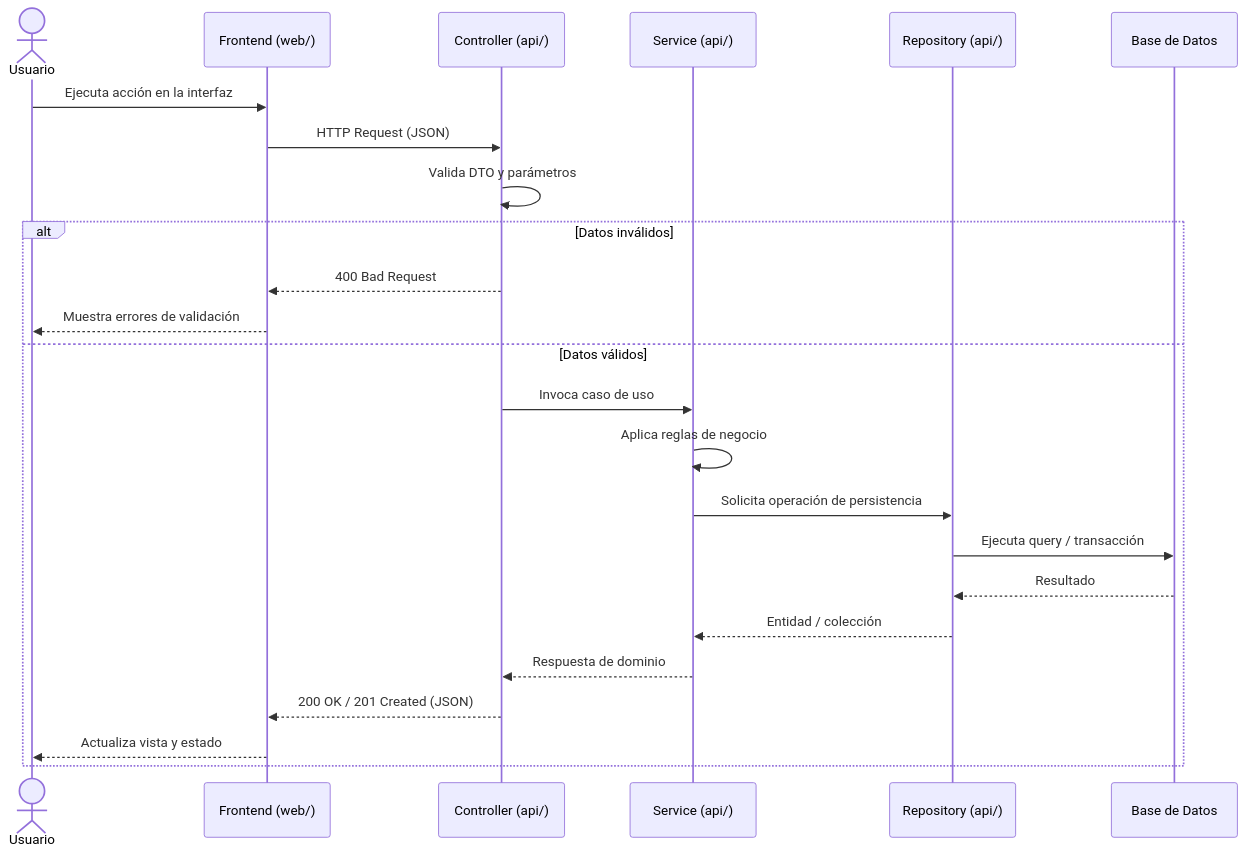
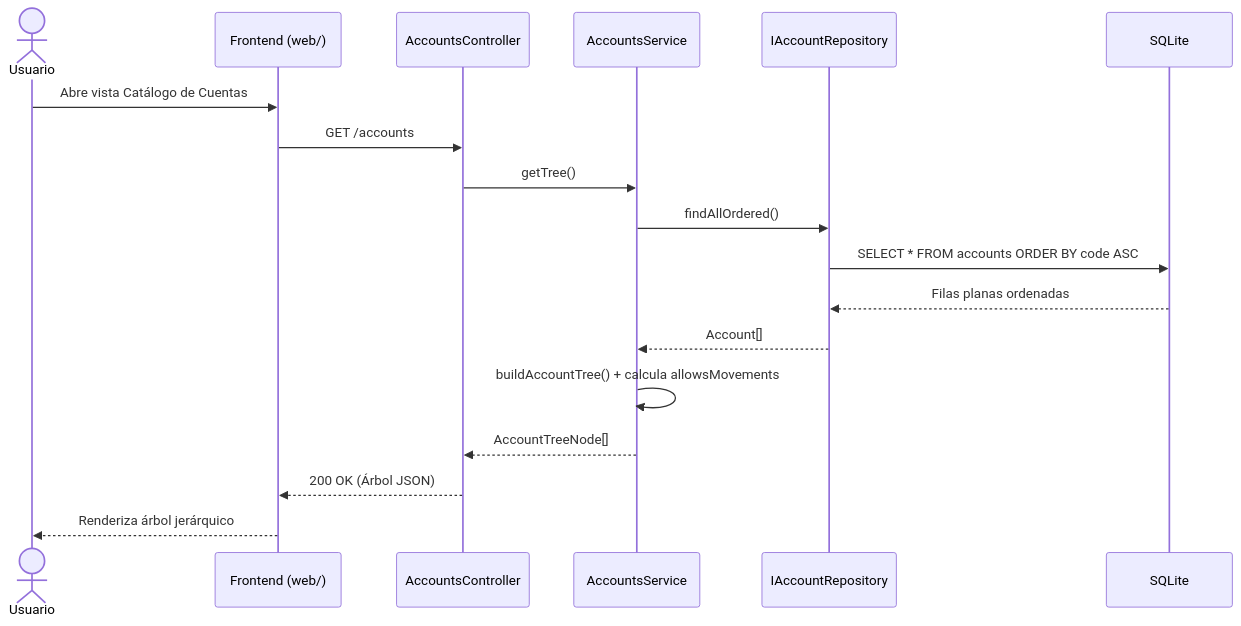
One commit to Lokcis/tech-assessment-starter-fullstack changed the fourth of 5 diagrams in docs/arquitectura.md. Above: the diagram before and after it, drawn with Mermaid. The commit also changed other lines of this file and 3 other files, not shown here.

Commit message:
docs: definir requerimientos, modelo de datos y arquitectura del catálogo de cuentas

````diff
--- a/docs/arquitectura.md
+++ b/docs/arquitectura.md
@@ -133,27 +185,21 @@
 ```mermaid
 sequenceDiagram
     actor U as Usuario
     participant W as Frontend (web/)
-    participant C as Controller (api/)
-    participant S as Service (api/)
-    participant R as Repository (api/)
-    participant DB as Base de Datos
+    participant C as AccountsController
+    participant S as AccountsService
+    participant R as IAccountRepository
+    participant DB as SQLite
 
-    U->>W: Ejecuta acción en la interfaz
-    W->>C: HTTP Request (JSON)
-    C->>C: Valida DTO y parámetros
-    alt Datos inválidos
-        C-->>W: 400 Bad Request
-        W-->>U: Muestra errores de validación
-    else Datos válidos
-        C->>S: Invoca caso de uso
-        S->>S: Aplica reglas de negocio
-        S->>R: Solicita operación de persistencia
-        R->>DB: Ejecuta query / transacción
-        DB-->>R: Resultado
-        R-->>S: Entidad / colección
-        S-->>C: Respuesta de dominio
-        C-->>W: 200 OK / 201 Created (JSON)
-        W-->>U: Actualiza vista y estado
-    end
+    U->>W: Abre vista Catálogo de Cuentas
+    W->>C: GET /accounts
+    C->>S: getTree()
+    S->>R: findAllOrdered()
+    R->>DB: SELECT * FROM accounts ORDER BY code ASC
+    DB-->>R: Filas planas ordenadas
+    R-->>S: Account[]
+    S->>S: buildAccountTree() + calcula allowsMovements
+    S-->>C: AccountTreeNode[]
+    C-->>W: 200 OK (Árbol JSON)
+    W-->>U: Renderiza árbol jerárquico
 ```
````
